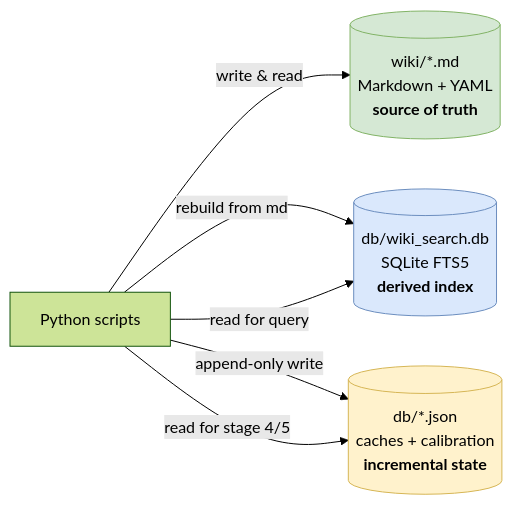
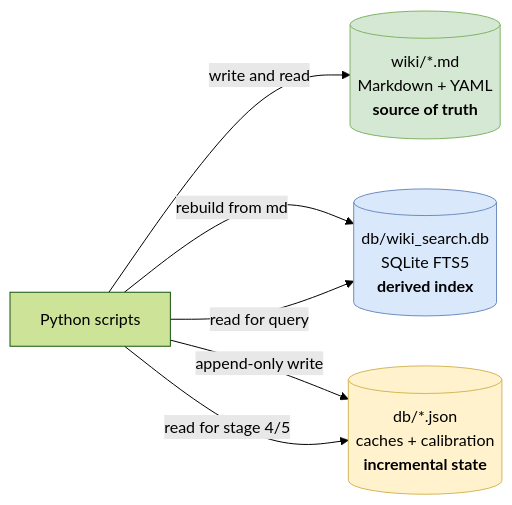
One commit to DimitrisLianos/LLM_Wiki_SecondBrain changed the second of 2 diagrams in docs/arc42/08-crosscutting-concepts.md. Above: the diagram before and after it, drawn with Mermaid (forest theme). The commit also changed 10 other files, not shown here.

First line of the commit message:
fix: replace HTML entities in Mermaid blocks with plain characters

````diff
--- a/docs/arc42/08-crosscutting-concepts.md
+++ b/docs/arc42/08-crosscutting-concepts.md
@@ -100,17 +100,17 @@
 ```mermaid
 graph LR
  src[Python scripts]
  md[(wiki/*.md<br/>Markdown + YAML<br/><b>source of truth</b>)]
  db[(db/wiki_search.db<br/>SQLite FTS5<br/><b>derived index</b>)]
  caches[(db/*.json<br/>caches + calibration<br/><b>incremental state</b>)]
 
- src -- "write &amp; read" --> md
+ src -- "write and read" --> md
  src -- "rebuild from md" --> db
  src -- "read for query" --> db
  src -- "append-only write" --> caches
  src -- "read for stage 4/5" --> caches
 
  style md fill:#d5e8d4,stroke:#82b366,color:#000
  style db fill:#dae8fc,stroke:#6c8ebf,color:#000
  style caches fill:#fff2cc,stroke:#d6b656,color:#000
 ```
````
